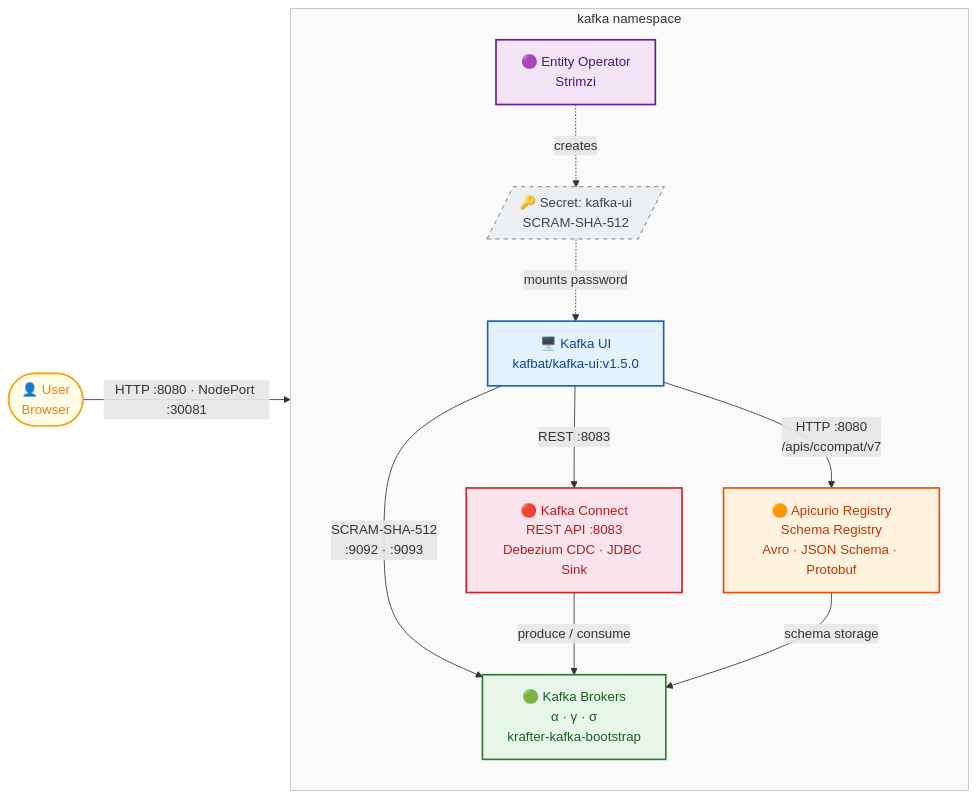
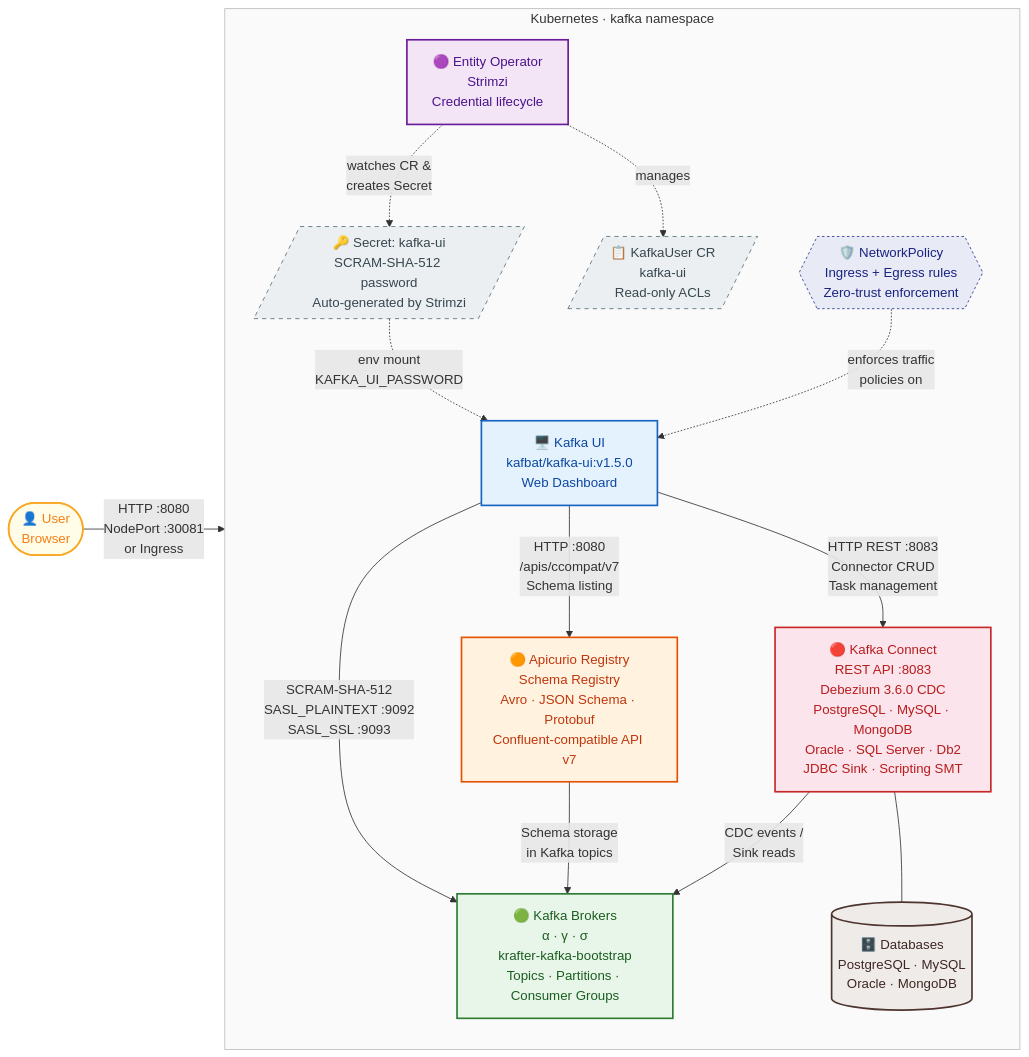
The diagram in charts/kafka-ui/README.md (bmscomp/kates), drawn with Mermaid before and after one commit. The commit also changed other lines of this file and 1 other file, not shown here.

Commit message:
Add Makefile targets for Kafka UI deploy, upgrade, undeploy and document them in README

````diff
--- a/charts/kafka-ui/README.md
+++ b/charts/kafka-ui/README.md
@@ -11,40 +23,49 @@
 ```mermaid
 flowchart LR
     USER(["👤 User<br/>Browser"])
 
-    USER -- "HTTP :8080 · NodePort :30081" --> KAFKAUI
+    USER -- "HTTP :8080<br/>NodePort :30081<br/>or Ingress" --> KAFKAUI
 
-    subgraph KAFKA_NS["kafka namespace"]
+    subgraph KAFKA_NS["Kubernetes · kafka namespace"]
         direction TB
 
-        KAFKAUI["🖥️ Kafka UI<br/>kafbat/kafka-ui:v1.5.0"]
+        KAFKAUI["🖥️ Kafka UI<br/>kafbat/kafka-ui:v1.5.0<br/>Web Dashboard"]
 
-        KAFKAUI -- "SCRAM-SHA-512<br/>:9092 · :9093" --> BROKERS
-        KAFKAUI -- "HTTP :8080<br/>/apis/ccompat/v7" --> APICURIO
-        KAFKAUI -- "REST :8083" --> CONNECT
+        KAFKAUI -- "SCRAM-SHA-512<br/>SASL_PLAINTEXT :9092<br/>SASL_SSL :9093" --> BROKERS
+        KAFKAUI -- "HTTP :8080<br/>/apis/ccompat/v7<br/>Schema listing" --> APICURIO
+        KAFKAUI -- "HTTP REST :8083<br/>Connector CRUD<br/>Task management" --> CONNECT
 
-        BROKERS["🟢 Kafka Brokers<br/>α · γ · σ<br/>krafter-kafka-bootstrap"]
+        BROKERS["🟢 Kafka Brokers<br/>α · γ · σ<br/>krafter-kafka-bootstrap<br/>Topics · Partitions · Consumer Groups"]
 
-        APICURIO["🟠 Apicurio Registry<br/>Schema Registry<br/>Avro · JSON Schema · Protobuf"]
+        APICURIO["🟠 Apicurio Registry<br/>Schema Registry<br/>Avro · JSON Schema · Protobuf<br/>Confluent-compatible API v7"]
 
-        CONNECT["🔴 Kafka Connect<br/>REST API :8083<br/>Debezium CDC · JDBC Sink"]
+        CONNECT["🔴 Kafka Connect<br/>REST API :8083<br/>Debezium 3.6.0 CDC<br/>PostgreSQL · MySQL · MongoDB<br/>Oracle · SQL Server · Db2<br/>JDBC Sink · Scripting SMT"]
 
-        CONNECT -- "produce / consume" --> BROKERS
-        APICURIO -- "schema storage" --> BROKERS
+        CONNECT -- "CDC events /<br/>Sink reads" --> BROKERS
+        APICURIO -- "Schema storage<br/>in Kafka topics" --> BROKERS
 
-        SECRET[/"🔑 Secret: kafka-ui<br/>SCRAM-SHA-512"/]
-        EO["🟣 Entity Operator<br/>Strimzi"]
+        CONNECT --- DB[("🗄️ Databases<br/>PostgreSQL · MySQL<br/>Oracle · MongoDB")]
 
-        EO -. "creates" .-> SECRET
-        SECRET -. "mounts password" .-> KAFKAUI
+        SECRET[/"🔑 Secret: kafka-ui<br/>SCRAM-SHA-512 password<br/>Auto-generated by Strimzi"/]
+        KAFKAUSER[/"📋 KafkaUser CR<br/>kafka-ui<br/>Read-only ACLs"/]
+        EO["🟣 Entity Operator<br/>Strimzi<br/>Credential lifecycle"]
+        NETPOL{{"🛡️ NetworkPolicy<br/>Ingress + Egress rules<br/>Zero-trust enforcement"}}
+
+        EO -. "watches CR &<br/>creates Secret" .-> SECRET
+        EO -. "manages" .-> KAFKAUSER
+        SECRET -. "env mount<br/>KAFKA_UI_PASSWORD" .-> KAFKAUI
+        NETPOL -. "enforces traffic<br/>policies on" .-> KAFKAUI
     end
 
     style KAFKAUI fill:#e3f2fd,stroke:#1565c0,stroke-width:2px,color:#0d47a1
     style BROKERS fill:#e8f5e9,stroke:#2e7d32,stroke-width:2px,color:#1b5e20
     style APICURIO fill:#fff3e0,stroke:#e65100,stroke-width:2px,color:#bf360c
     style CONNECT fill:#fce4ec,stroke:#c62828,stroke-width:2px,color:#b71c1c
     style EO fill:#f3e5f5,stroke:#6a1b9a,stroke-width:2px,color:#4a148c
     style SECRET fill:#eceff1,stroke:#546e7a,stroke-width:1px,stroke-dasharray: 5 5,color:#37474f
+    style KAFKAUSER fill:#eceff1,stroke:#546e7a,stroke-width:1px,stroke-dasharray: 5 5,color:#37474f
     style USER fill:#fffde7,stroke:#f9a825,stroke-width:2px,color:#f57f17
+    style DB fill:#efebe9,stroke:#4e342e,stroke-width:2px,color:#3e2723
+    style NETPOL fill:#e8eaf6,stroke:#283593,stroke-width:1px,stroke-dasharray: 3 3,color:#1a237e
     style KAFKA_NS fill:#fafafa,stroke:#bdbdbd,stroke-width:1px
 ```
````
